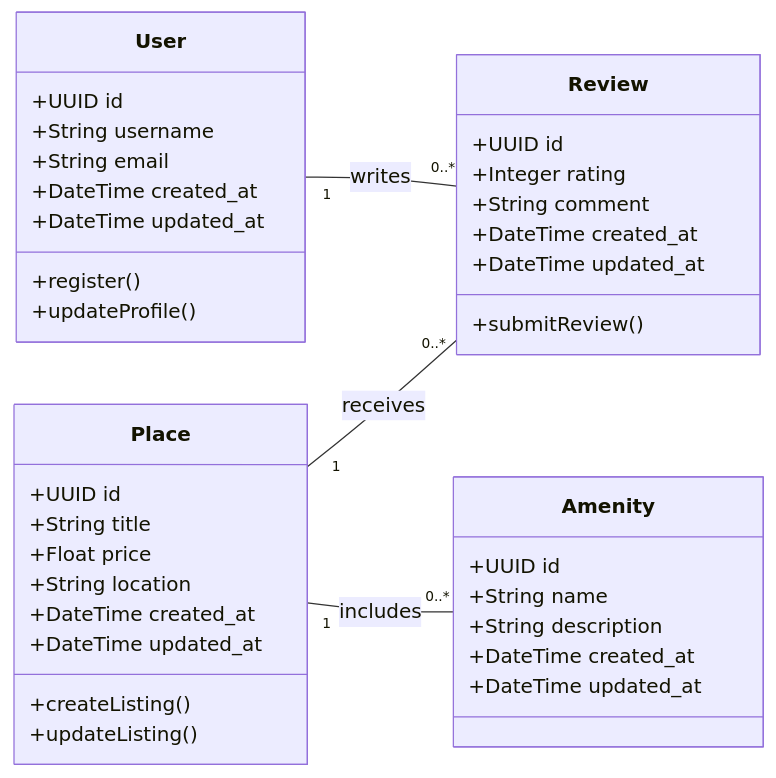
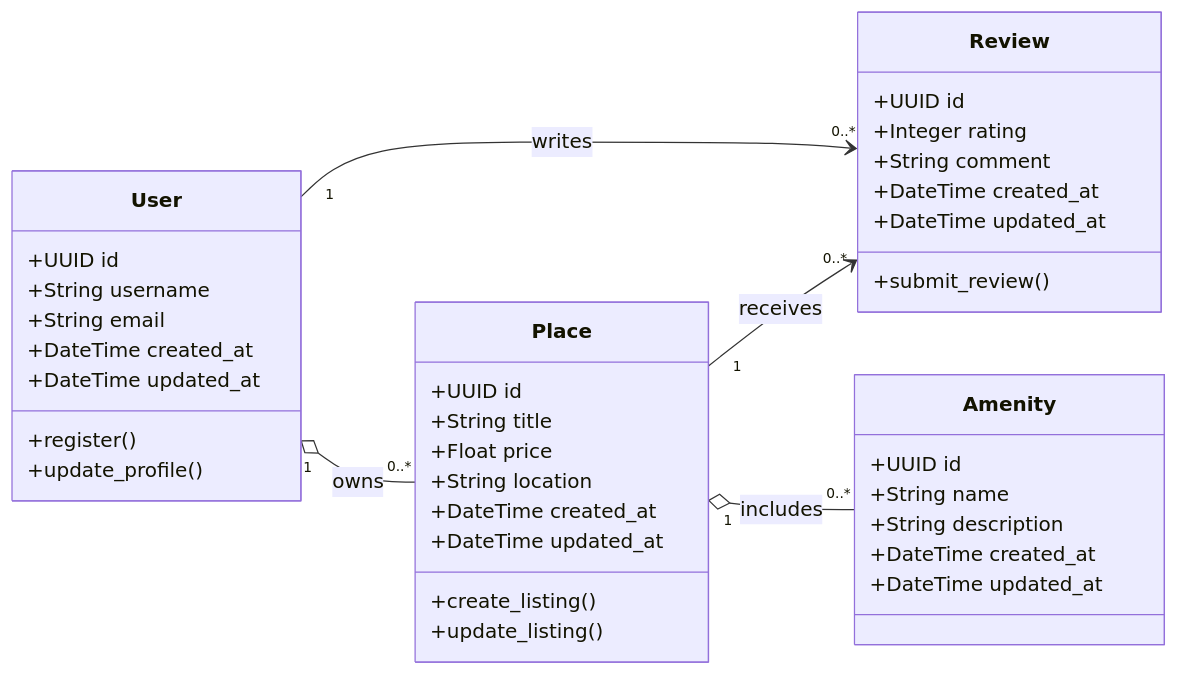
One commit to anonyd0go/holbertonschool-hbnb changed the diagram in docs_and_architecture/detailed_diagram_for_busines_layer.mmd. Above: the diagram before and after it, drawn with Mermaid.

Commit message:
Correct detailed diagram for business layer

```diff
--- a/docs_and_architecture/detailed_diagram_for_busines_layer.mmd
+++ b/docs_and_architecture/detailed_diagram_for_busines_layer.mmd
@@ -1,49 +1,50 @@
 classDiagram
     direction LR
 
     %% User Class
     class User {
       +UUID id
       +String username
       +String email
       +DateTime created_at
       +DateTime updated_at
       +register()
-      +updateProfile()
+      +update_profile()
     }
 
     %% Place Class
     class Place {
       +UUID id
       +String title
       +Float price
       +String location
       +DateTime created_at
       +DateTime updated_at
-      +createListing()
-      +updateListing()
+      +create_listing()
+      +update_listing()
     }
 
     %% Amenity Class
     class Amenity {
       +UUID id
       +String name
       +String description
       +DateTime created_at
       +DateTime updated_at
     }
 
     %% Review Class
     class Review {
       +UUID id
       +Integer rating
       +String comment
       +DateTime created_at
       +DateTime updated_at
-      +submitReview()
+      +submit_review()
     }
 
     %% Relationships
-    User "1" -- "0..*" Review : writes
-    Place "1" -- "0..*" Review : receives
-    Place "1" -- "0..*" Amenity : includes
+    User "1" o-- "0..*" Place : owns
+    User "1" --> "0..*" Review : writes
+    Place "1" --> "0..*" Review : receives
+    Place "1" o-- "0..*" Amenity : includes
```
